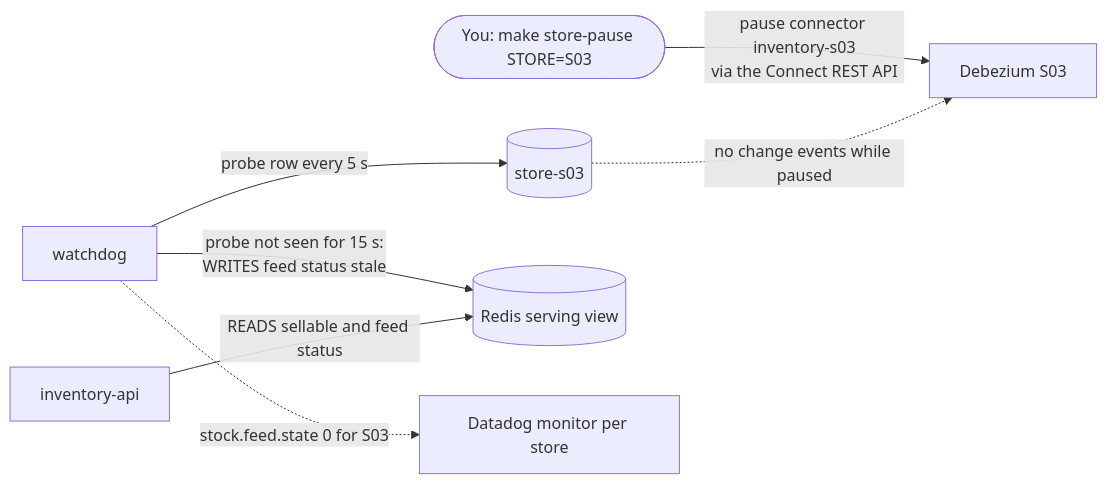
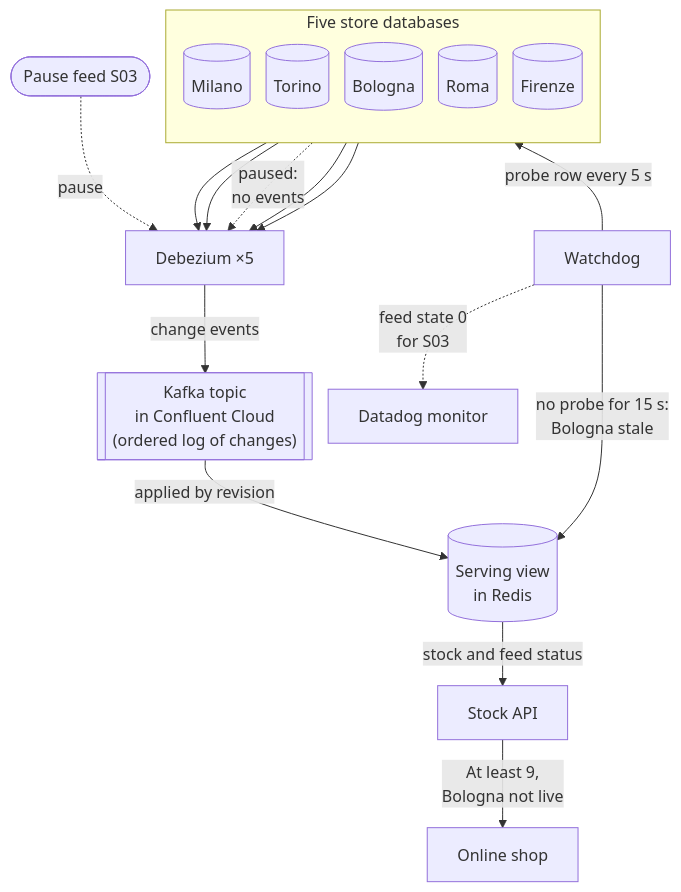
Before and after one commit to gianlucanatali/observable-inventory-streaming: the second of 3 diagrams in workshop/README.md, drawn with Mermaid. The commit also changed other lines of this file and 381 other files, not shown here.

Commit message:
Observable inventory streaming with Confluent and Datadog: workshop guide, site, license and code updates

````diff
--- a/workshop/README.md
+++ b/workshop/README.md
@@ -957,9 +967,26 @@
 ```mermaid
-flowchart LR
-  you(["You: make store-pause STORE=S03"]) -->|"pause connector inventory-s03<br/>via the Connect REST API"| dbz["Debezium S03"]
-  wd["watchdog"] -->|"probe row every 5 s"| s03[("store-s03")]
-  s03 -.->|"no change events while paused"| dbz
-  wd -->|"probe not seen for 15 s:<br/>WRITES feed status stale"| redis[("Redis serving view")]
-  api["inventory-api"] -->|"READS sellable and feed status"| redis
-  wd -.->|"stock.feed.state 0 for S03"| dd["Datadog monitor per store"]
+%%{init: {"flowchart": {"nodeSpacing": 16, "rankSpacing": 40}}}%%
+flowchart TB
+  subgraph STORES["Five store databases"]
+    direction TB
+    s1[("Milano")]
+    s2[("Torino")]
+    s3[("Bologna")]
+    s4[("Roma")]
+    s5[("Firenze")]
+  end
+  s1 --> dbz["Debezium ×5"]
+  s2 --> dbz
+  s3 -.->|"paused:<br/>no events"| dbz
+  s4 --> dbz
+  s5 --> dbz
+  you(["Pause feed S03"]) -.->|"pause"| dbz
+  STORES ~~~ wd["Watchdog"]
+  wd -->|"probe row every 5 s"| STORES
+  dbz -->|"change events"| k[["Kafka topic<br/>in Confluent Cloud<br/>(ordered log of changes)"]]
+  k -->|"applied by revision"| view[("Serving view<br/>in Redis")]
+  wd -->|"no probe for 15 s:<br/>Bologna stale"| view
+  wd -.->|"feed state 0<br/>for S03"| dd["Datadog monitor"]
+  view -->|"stock and feed status"| api["Stock API"]
+  api -->|"At least 9,<br/>Bologna not live"| web["Online shop"]
 ```
````
